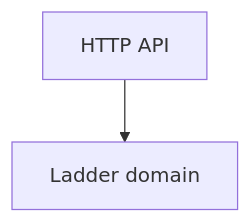
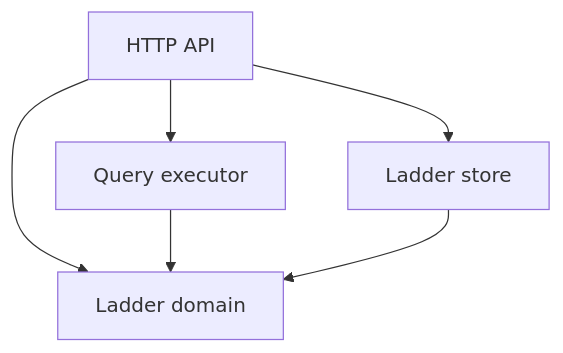
One commit to MotleyAI/galaxy-brain changed the first of 2 diagrams in architecture/system.arc42.md. Above: the diagram before and after it, drawn with Mermaid. The commit also changed other lines of this file and 45 other files, not shown here.

````diff
--- a/architecture/system.arc42.md
+++ b/architecture/system.arc42.md
@@ -13,7 +13,13 @@
 ```mermaid
 flowchart TD
   %% python: Backend
   api["HTTP API"]
   core["Ladder domain"]
+  executor["Query executor"]
+  traces["Ladder store"]
   api --> core
+  api --> executor
+  api --> traces
+  executor --> core
+  traces --> core
 ```
````
